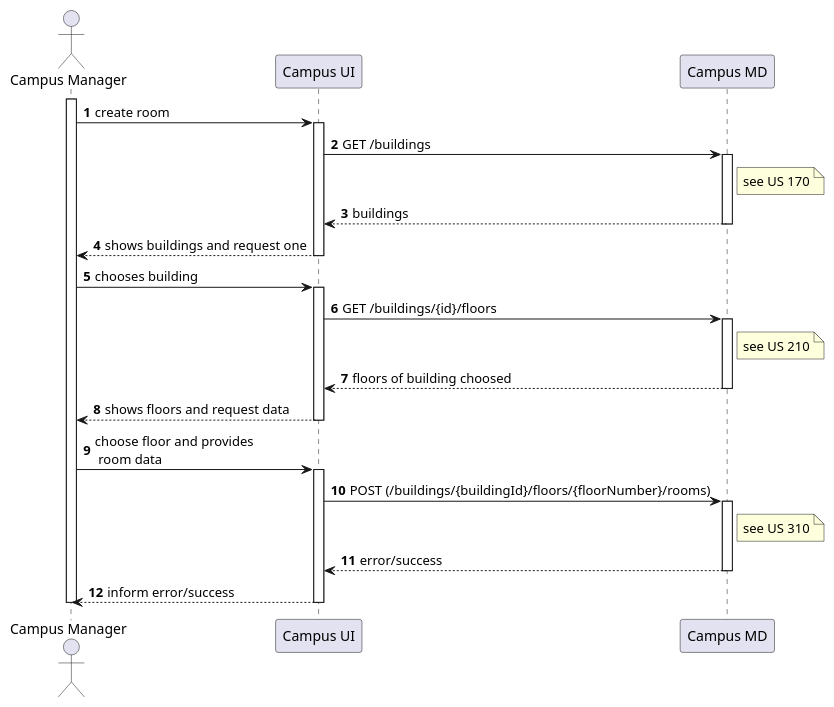
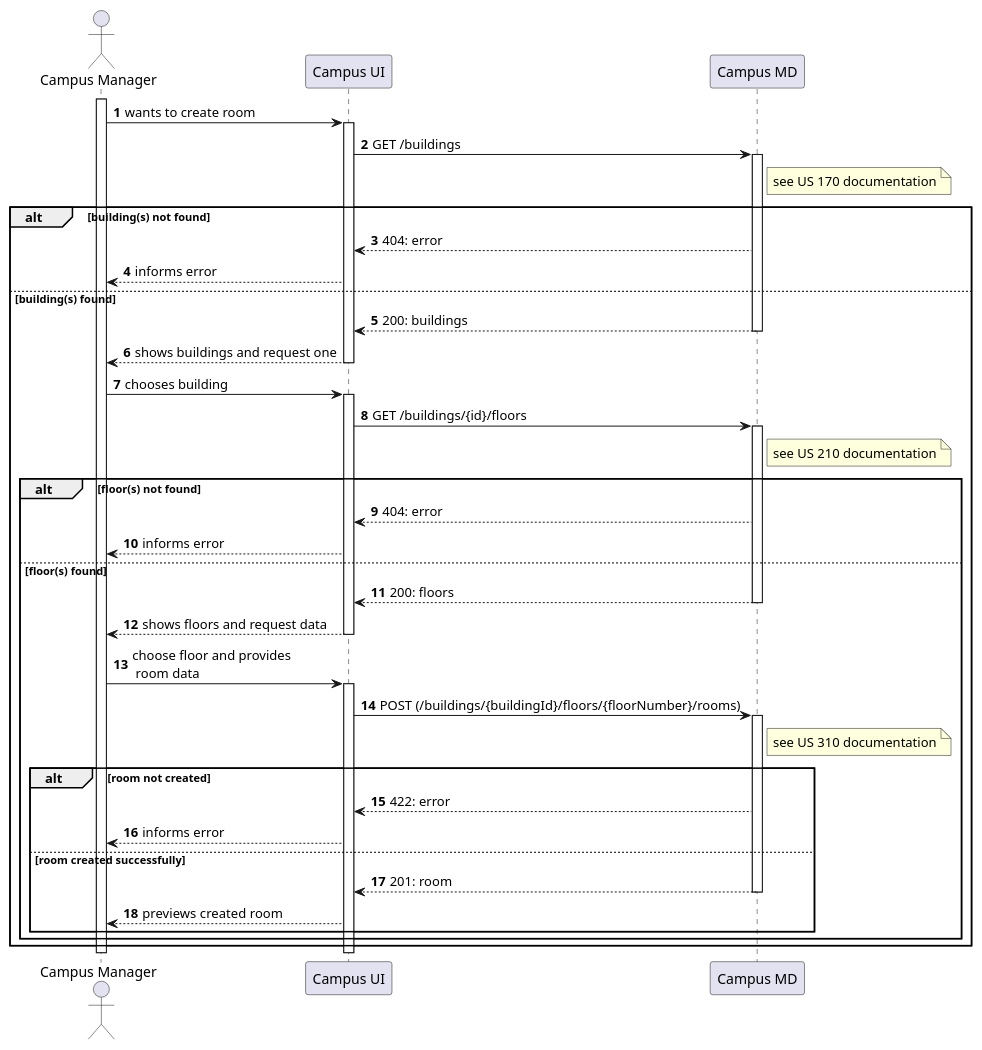
One commit to Departamento-de-Engenharia-Informatica/lapr5-23-24-g19 changed the diagram in docs/us1210/level2/process-view.puml. Above: the diagram before and after it, drawn with PlantUML. The commit also changed 3 other files, not shown here.

```diff
--- a/docs/us1210/level2/process-view.puml
+++ b/docs/us1210/level2/process-view.puml
@@ -1,43 +1,62 @@
 @startuml
 autonumber
 
 actor "Campus Manager" as usr
 
 participant "Campus UI" as ui
 participant "Campus MD" as md
 
 activate usr
-    usr -> ui : create room
+    usr -> ui : wants to create room
     activate ui
         ui -> md : GET /buildings
         activate md
-            note right of md : see US 170
-            md --> ui : buildings
-        deactivate md
+            note right of md : see US 170 documentation
+
+        alt building(s) not found
+            md --> ui: 404: error
+            ui --> usr: informs error
+        else building(s) found
+            md --> ui : 200: buildings
+            deactivate md
 
         ui --> usr : shows buildings and request one
     deactivate ui
 
     usr -> ui : chooses building
     activate ui
         ui -> md : GET /buildings/{id}/floors
         activate md
-            note right of md : see US 210
-            md --> ui : floors of building choosed
-        deactivate md
+            note right of md : see US 210 documentation
+
+            alt floor(s) not found
+                md --> ui: 404: error
+                ui --> usr: informs error
+            else floor(s) found
+                md --> ui : 200: floors
+                deactivate md
 
         ui --> usr : shows floors and request data
     deactivate ui
 
     usr -> ui: choose floor and provides\n room data
     activate ui
         ui -> md : POST (/buildings/{buildingId}/floors/{floorNumber}/rooms)
         activate md
-            note right of md : see US 310
-            md --> ui : error/success
-        deactivate md
-        ui --> usr : inform error/success
+            note right of md : see US 310 documentation
+
+            alt room not created
+                md --> ui: 422: error
+                ui --> usr: informs error
+            else room created successfully
+                md --> ui : 201: room
+                deactivate md
+        ui --> usr : previews created room
+
+                end
+            end
+        end
     deactivate ui
 deactivate usr
 
 @enduml
```
